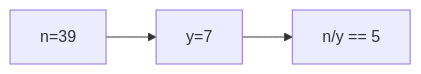
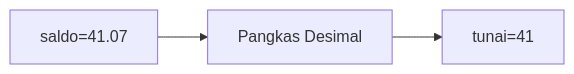
Before and after one commit to amnahwaida/OSNK_INF_PREP: the sixth of 25 diagrams in part-c-pemahaman-cpp/01-tipe-data/latihan/set-01.md, drawn with Mermaid. The commit also changed other lines of this file and 71 other files, not shown here.

````diff
--- a/part-c-pemahaman-cpp/01-tipe-data/latihan/set-01.md
+++ b/part-c-pemahaman-cpp/01-tipe-data/latihan/set-01.md
@@ -158,5 +164,5 @@
 ```mermaid
 graph LR
-A["n=39"] --> B["y=7"]
-B --> C["n/y == 5"]
+A["saldo=41.07"] --> B["Pangkas Desimal"]
+B --> C["tunai=41"]
 ```
````
